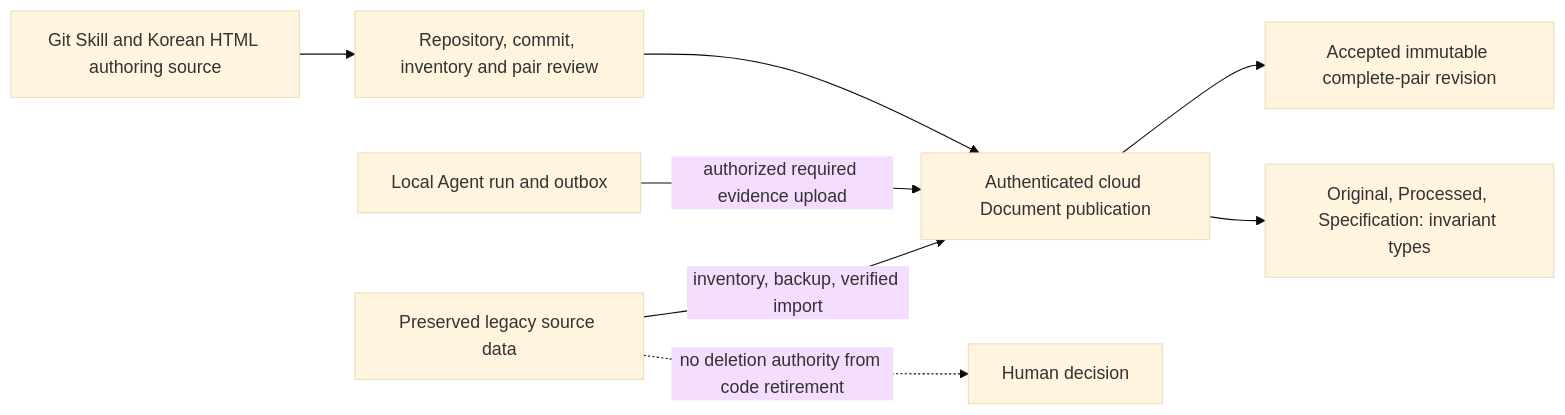
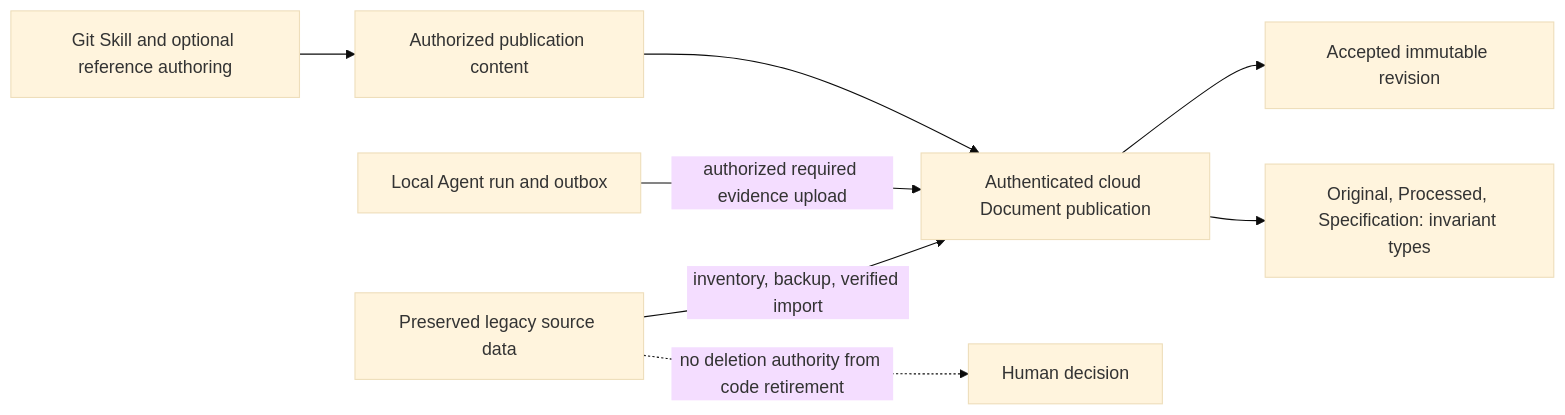
One commit to KoreanLeeChangHyun/agent-factory-codex-plugin changed the eighth of 9 diagrams in skills/convention/references/diagrams.md. Above: the diagram before and after it, drawn with Mermaid (base theme). The commit also changed other lines of this file and 89 other files, not shown here.

````diff
--- a/skills/convention/references/diagrams.md
+++ b/skills/convention/references/diagrams.md
@@ -191,12 +187,12 @@
 ```mermaid
 flowchart LR
     accTitle: Cloud Document authority and source packages
-    accDescr: Cloud owns accepted published revisions; Git source packages bind a reviewed complete pair and local run data remains operational evidence.
-    Git[Git Skill and Korean HTML authoring source] --> Snapshot[Repository, commit, inventory and pair review]
+    accDescr: Cloud owns accepted published revisions; Git owns Skill authoring and local run data remains operational evidence.
+    Git[Git Skill and optional reference authoring] --> Snapshot[Authorized publication content]
     Snapshot --> Cloud[Authenticated cloud Document publication]
-    Cloud --> Revision[Accepted immutable complete-pair revision]
+    Cloud --> Revision[Accepted immutable revision]
     Cloud --> Types[Original, Processed, Specification: invariant types]
     Local[Local Agent run and outbox] -->|authorized required evidence upload| Cloud
     Legacy[Preserved legacy source data] -->|inventory, backup, verified import| Cloud
     Legacy -. no deletion authority from code retirement .-> Human[Human decision]
 ```
````
